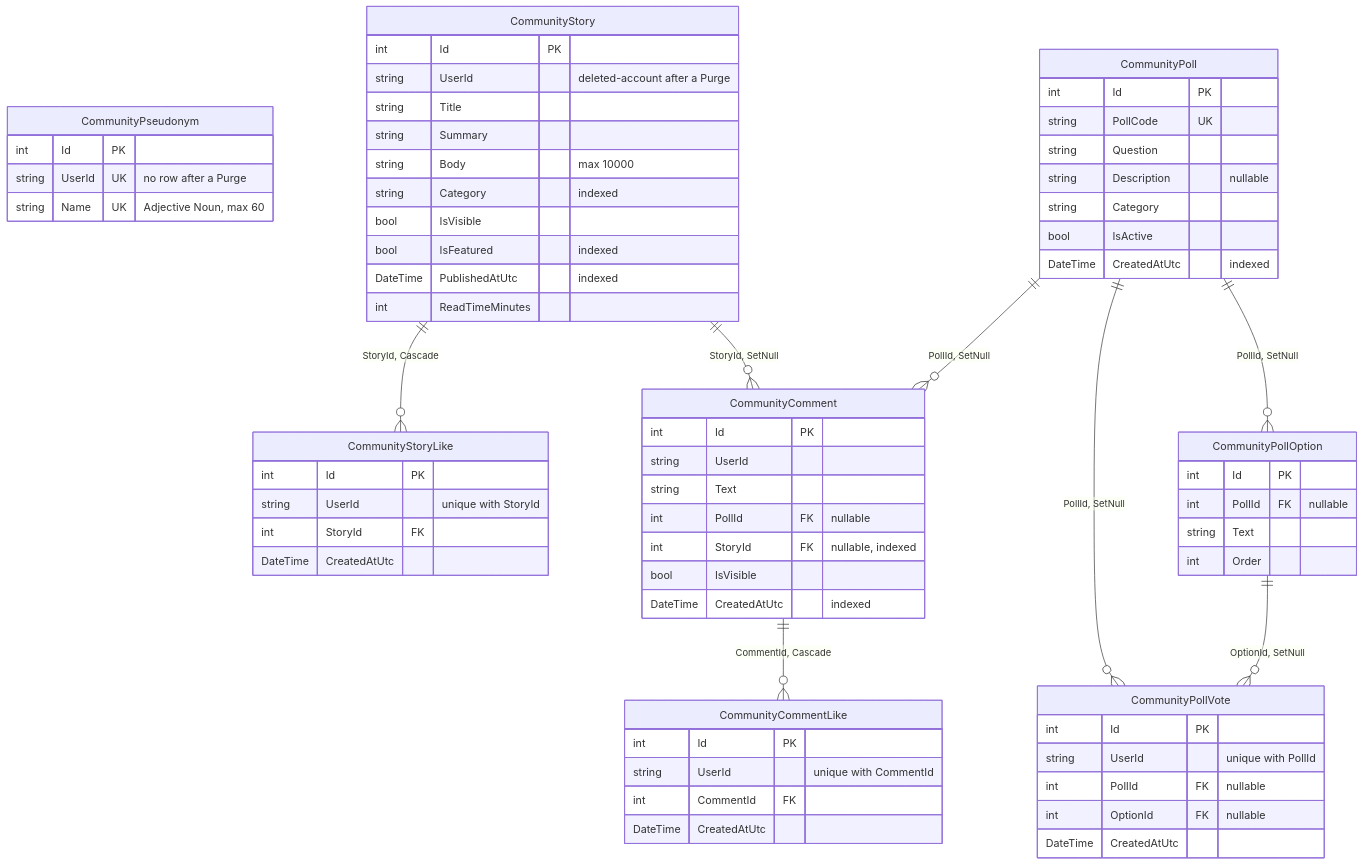
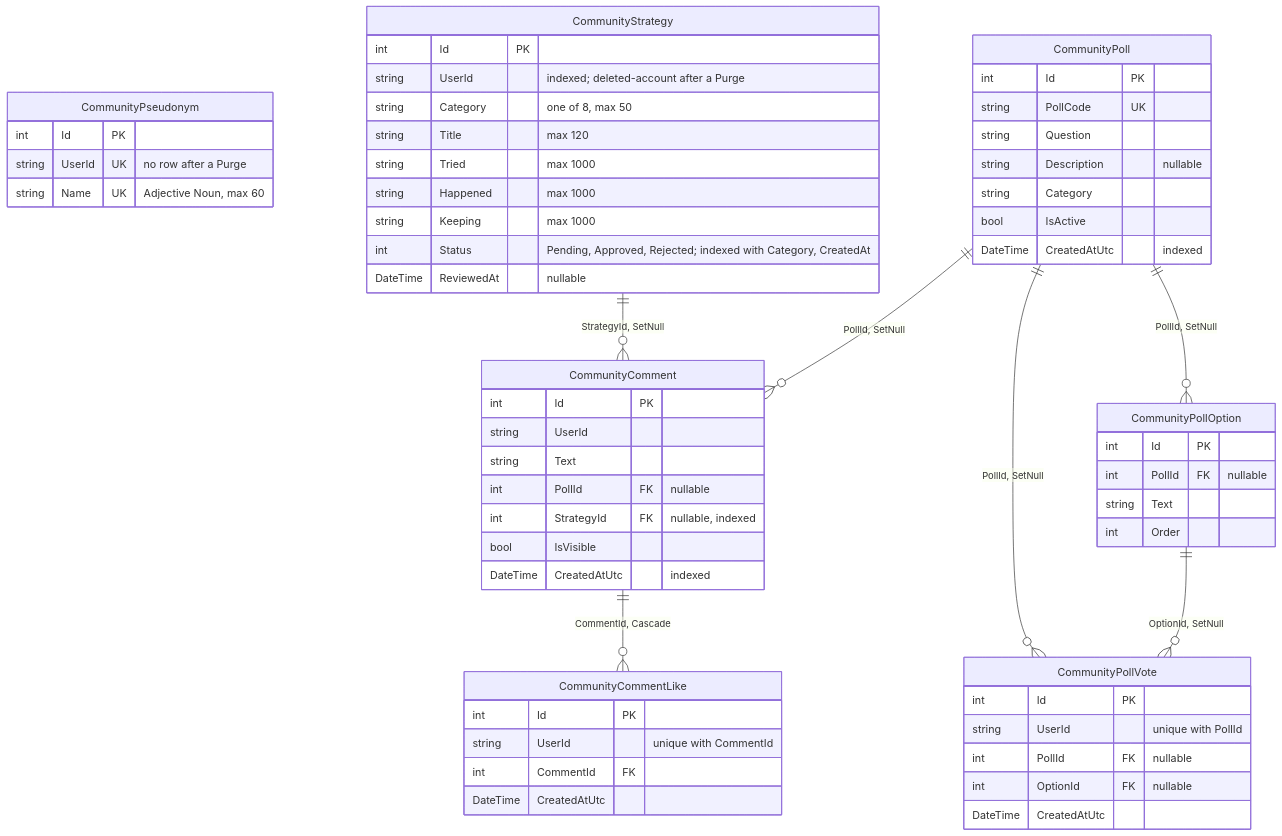
The fifth of 26 diagrams in docs/DIAGRAMS.md (tngo0508/PersonalFinance), drawn with Mermaid before and after one commit. The commit also changed other lines of this file and 51 other files, not shown here.

````diff
--- a/docs/DIAGRAMS.md
+++ b/docs/DIAGRAMS.md
@@ -416,71 +416,63 @@
 ```mermaid
 erDiagram
     CommunityPseudonym {
         int Id PK
         string UserId UK "no row after a Purge"
         string Name UK "Adjective Noun, max 60"
     }
-    CommunityStory {
+    CommunityStrategy {
         int Id PK
-        string UserId "deleted-account after a Purge"
-        string Title
-        string Summary
-        string Body "max 10000"
-        string Category "indexed"
-        bool IsVisible
-        bool IsFeatured "indexed"
-        DateTime PublishedAtUtc "indexed"
-        int ReadTimeMinutes
-    }
-    CommunityStoryLike {
-        int Id PK
-        string UserId "unique with StoryId"
-        int StoryId FK
-        DateTime CreatedAtUtc
+        string UserId "indexed; deleted-account after a Purge"
+        string Category "one of 8, max 50"
+        string Title "max 120"
+        string Tried "max 1000"
+        string Happened "max 1000"
+        string Keeping "max 1000"
+        int Status "Pending, Approved, Rejected; indexed with Category, CreatedAt"
+        DateTime ReviewedAt "nullable"
     }
     CommunityComment {
         int Id PK
         string UserId
         string Text
         int PollId FK "nullable"
-        int StoryId FK "nullable, indexed"
+        int StrategyId FK "nullable, indexed"
         bool IsVisible
         DateTime CreatedAtUtc "indexed"
     }
     CommunityCommentLike {
         int Id PK
         string UserId "unique with CommentId"
         int CommentId FK
         DateTime CreatedAtUtc
     }
     CommunityPoll {
         int Id PK
         string PollCode UK
         string Question
         string Description "nullable"
         string Category
         bool IsActive
         DateTime CreatedAtUtc "indexed"
     }
     CommunityPollOption {
         int Id PK
         int PollId FK "nullable"
         string Text
         int Order
     }
     CommunityPollVote {
         int Id PK
         string UserId "unique with PollId"
         int PollId FK "nullable"
         int OptionId FK "nullable"
         DateTime CreatedAtUtc
     }
 
-    CommunityStory ||--o{ CommunityStoryLike : "StoryId, Cascade"
-    CommunityStory ||--o{ CommunityComment : "StoryId, SetNull"
+    CommunityStrategy ||--o{ CommunityComment : "StrategyId, SetNull"
     CommunityComment ||--o{ CommunityCommentLike : "CommentId, Cascade"
     CommunityPoll ||--o{ CommunityPollOption : "PollId, SetNull"
     CommunityPoll ||--o{ CommunityPollVote : "PollId, SetNull"
     CommunityPoll ||--o{ CommunityComment : "PollId, SetNull"
     CommunityPollOption ||--o{ CommunityPollVote : "OptionId, SetNull"
 ```
````
